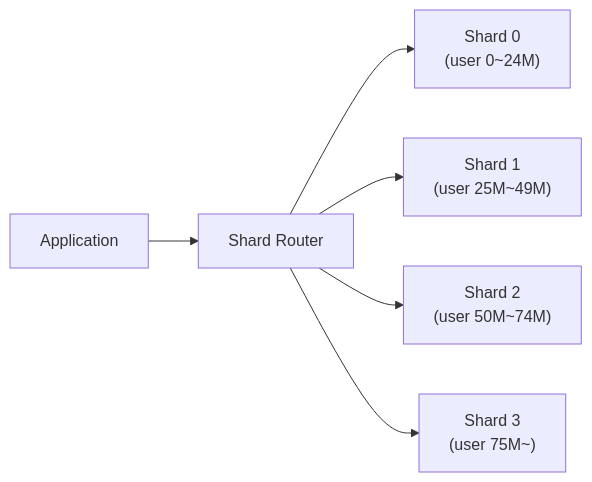
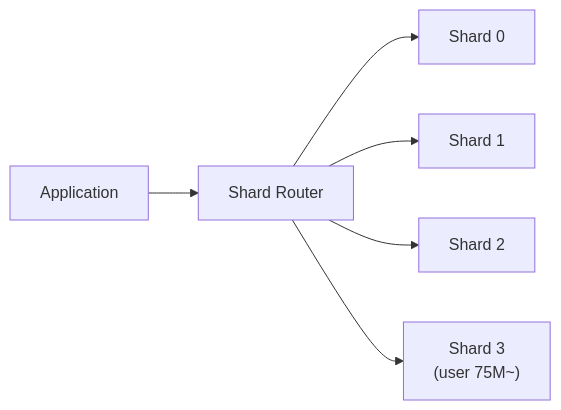
The second of 7 diagrams in _posts/db/2026-05-01-db-sharding.md (yjkim2015/yjkim2015.github.io), drawn with Mermaid before and after one commit. The commit also changed other lines of this file and 245 other files, not shown here.

First line of the commit message:
Mermaid 다이어그램 전면 수정 + 면접 포인트 접기/펼치기 + DB 데드락 페이지

````diff
--- a/_posts/db/2026-05-01-db-sharding.md
+++ b/_posts/db/2026-05-01-db-sharding.md
@@ -90,8 +90,8 @@
 ```mermaid
 graph LR
     APP["Application"] --> MID["Shard Router"]
-    MID --> S0["Shard 0\n(user 0~24M)"]
-    MID --> S1["Shard 1\n(user 25M~49M)"]
-    MID --> S2["Shard 2\n(user 50M~74M)"]
+    MID --> S0["Shard 0"]
+    MID --> S1["Shard 1"]
+    MID --> S2["Shard 2"]
     MID --> S3["Shard 3\n(user 75M~)"]
 ```
````
